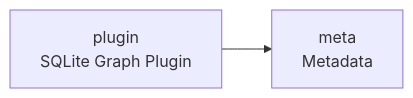
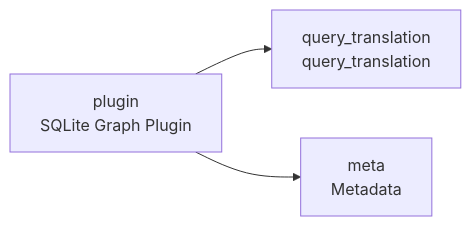
Before and after one commit to cj-mills/cjm-capability-graph-sqlite: the diagram in README.md, drawn with Mermaid. The commit also changed other lines of this file and 1 other file, not shown here.

````diff
--- a/README.md
+++ b/README.md
@@ -22,7 +23,9 @@
 ``` mermaid
 graph LR
     meta["meta<br/>Metadata"]
     plugin["plugin<br/>SQLite Graph Plugin"]
+    query_translation["query_translation<br/>query_translation"]
 
+    plugin --> query_translation
     plugin --> meta
 ```
````
